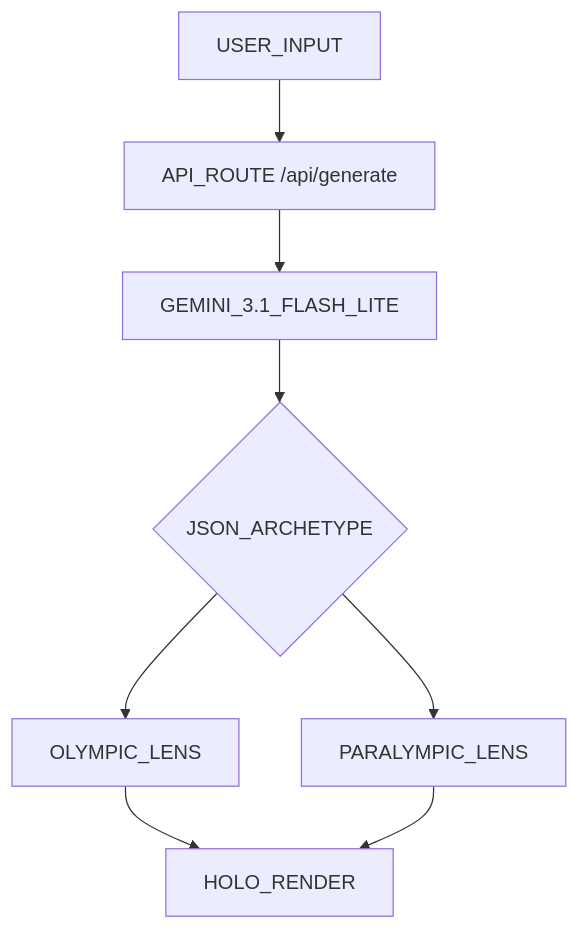
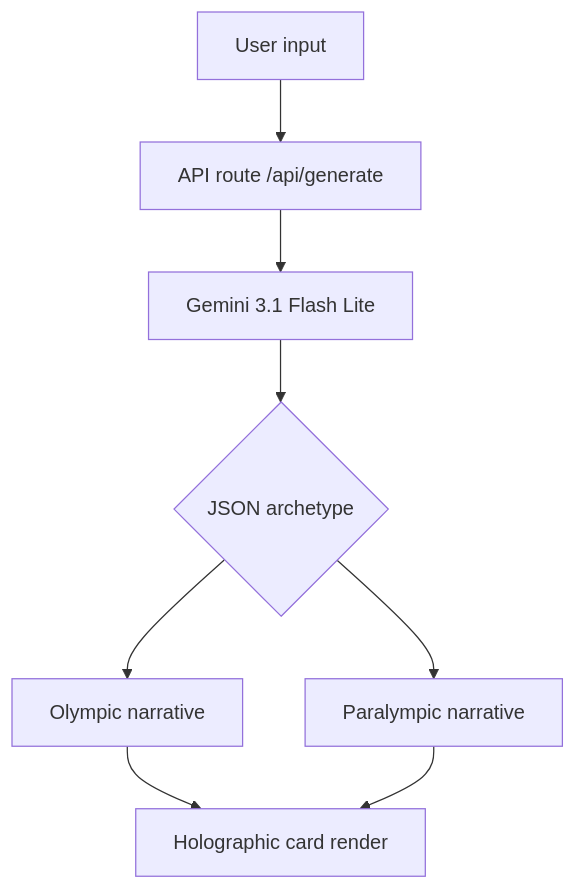
The diagram in README.md (jeffgreendesign/holo-type), drawn with Mermaid before and after one commit. The commit also changed other lines of this file, not shown here.

First line of the commit message:
docs: update README to enhance project description and user instructions

````diff
--- a/README.md
+++ b/README.md
@@ -100,9 +40,9 @@
 ```mermaid
 graph TD
-    A[USER_INPUT] --> B[API_ROUTE /api/generate]
-    B --> C[GEMINI_3.1_FLASH_LITE]
-    C --> D{JSON_ARCHETYPE}
-    D --> E[OLYMPIC_LENS]
-    D --> F[PARALYMPIC_LENS]
-    E & F --> G[HOLO_RENDER]
+    A[User input] --> B[API route /api/generate]
+    B --> C[Gemini 3.1 Flash Lite]
+    C --> D{JSON archetype}
+    D --> E[Olympic narrative]
+    D --> F[Paralympic narrative]
+    E & F --> G[Holographic card render]
 ```
````
